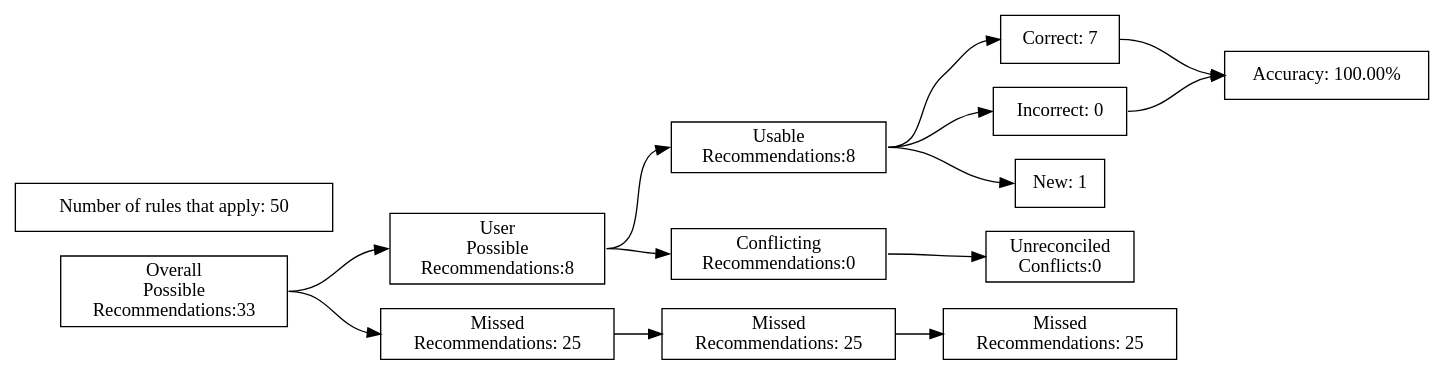
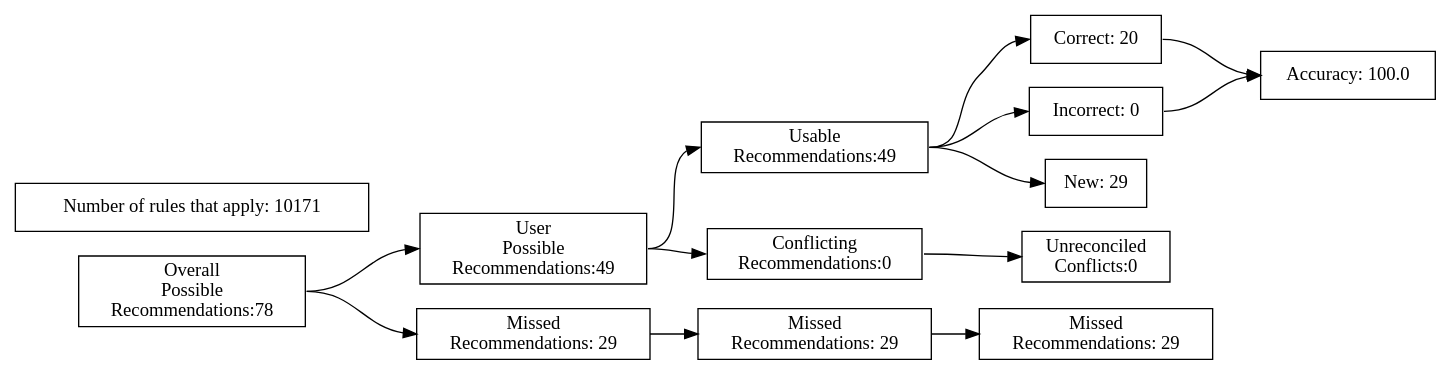
One commit to ZaxR/ibd_diet_analysis changed the diagram in test_renders/11.gv. Above: the diagram before and after it, drawn with Graphviz. The commit also changed 231 other files, not shown here.

```diff
--- a/test_renders/11.gv
+++ b/test_renders/11.gv
@@ -1,40 +1,40 @@
 digraph {
 	graph [rankdir=LR]
 	node [pos=r shape=box]
 	edge [headport=w tailport=e]
 		A [label="Overall
 Possible
-Recommendations:33"]
+Recommendations:78"]
 		B [label="User
 Possible
-Recommendations:8"]
+Recommendations:49"]
 		C [label="Missed
-Recommendations: 25"]
+Recommendations: 29"]
 		D [label="Usable
-Recommendations:8"]
+Recommendations:49"]
 		E [label="Conflicting
 Recommendations:0"]
 		J [label="Missed
-Recommendations: 25"]
+Recommendations: 29"]
 		M [label="Unreconciled
 Conflicts:0"]
-		F [label="Correct: 7"]
+		F [label="Correct: 20"]
 		G [label="Incorrect: 0"]
-		H [label="New: 1"]
+		H [label="New: 29"]
 		K [label="Missed
-Recommendations: 25"]
-		I [label="Accuracy: 100.00%"]
-		l [label="Number of rules that apply: 50"]
+Recommendations: 29"]
+		I [label="Accuracy: 100.0"]
+		l [label="Number of rules that apply: 10171"]
 			A -> B
 			A -> C
 			B -> D
 			B -> E
 			D -> F
 			D -> G
 			D -> H
 			F -> I
 			G -> I
 			C -> J
 			J -> K
 			E -> M
 }
```
